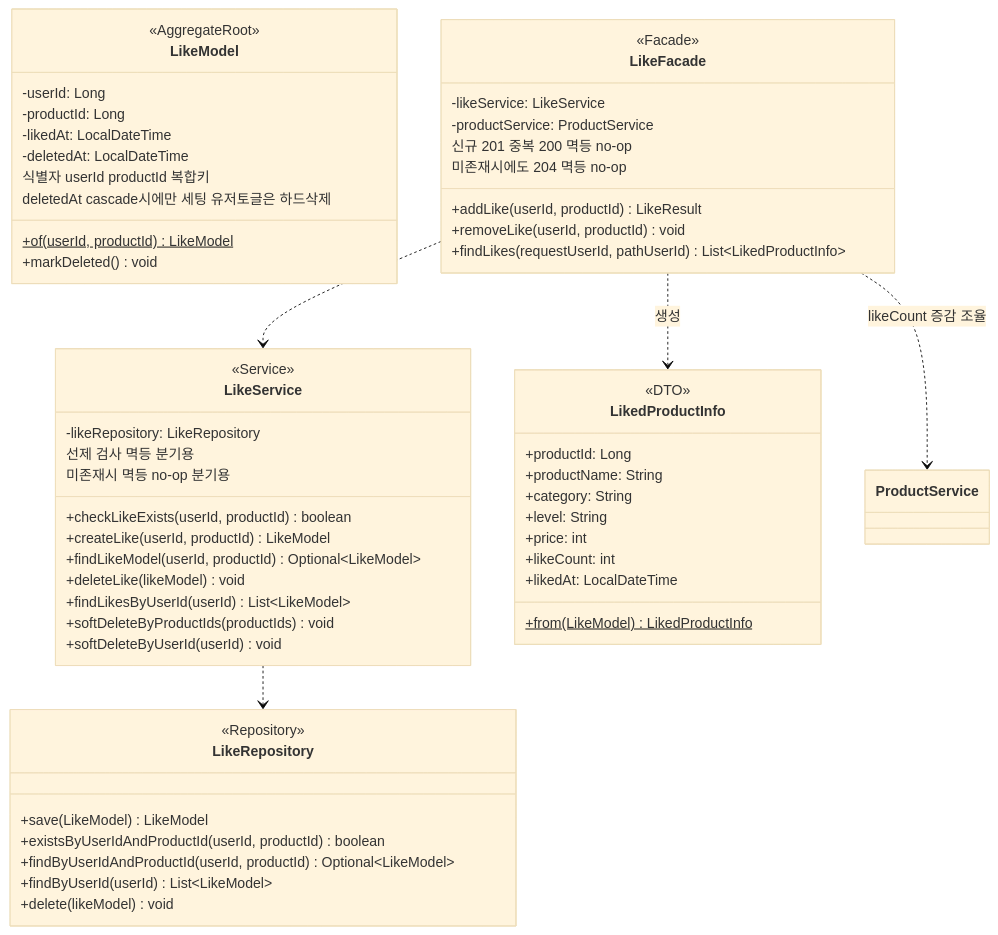
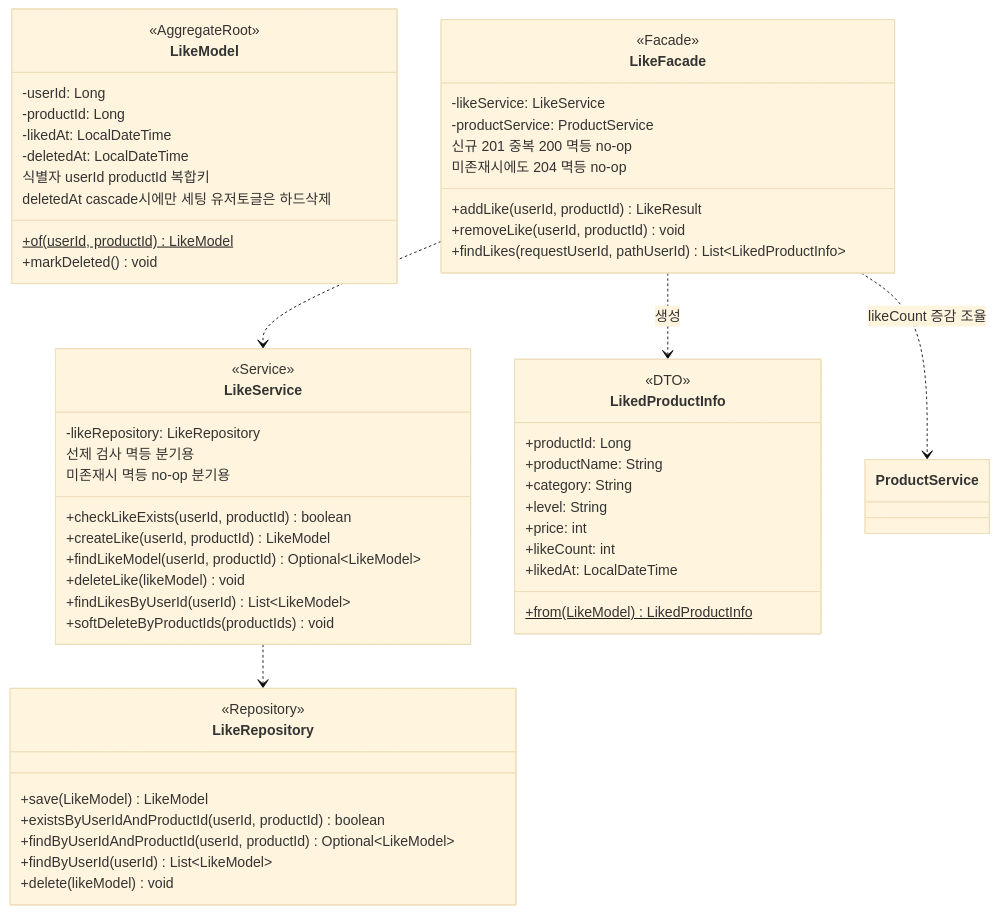
One commit to loopers-labs/loop-pack-be-l2-vol4-java changed the fourth of 8 diagrams in .docs/design/03-class-diagram.md. Above: the diagram before and after it, drawn with Mermaid (base theme). The commit also changed other lines of this file and 8 other files, not shown here.

````diff
--- a/.docs/design/03-class-diagram.md
+++ b/.docs/design/03-class-diagram.md
@@ -433,68 +450,67 @@
 ```mermaid
 classDiagram
     direction TB
 
     class LikeModel {
         <<AggregateRoot>>
         -userId: Long
         -productId: Long
         -likedAt: LocalDateTime
         -deletedAt: LocalDateTime
         식별자 userId productId 복합키
         deletedAt cascade시에만 세팅 유저토글은 하드삭제
         +of(userId, productId)$ LikeModel
         +markDeleted() void
     }
 
     class LikeService {
         <<Service>>
         -likeRepository: LikeRepository
         +checkLikeExists(userId, productId) boolean
         선제 검사 멱등 분기용
         +createLike(userId, productId) LikeModel
         +findLikeModel(userId, productId) Optional~LikeModel~
         미존재시 멱등 no-op 분기용
         +deleteLike(likeModel) void
         +findLikesByUserId(userId) List~LikeModel~
         +softDeleteByProductIds(productIds) void
-        +softDeleteByUserId(userId) void
     }
 
     class LikeRepository {
         <<Repository>>
         <<interface>>
         +save(LikeModel) LikeModel
         +existsByUserIdAndProductId(userId, productId) boolean
         +findByUserIdAndProductId(userId, productId) Optional~LikeModel~
         +findByUserId(userId) List~LikeModel~
         +delete(likeModel) void
     }
 
     class LikeFacade {
         <<Facade>>
         -likeService: LikeService
         -productService: ProductService
         +addLike(userId, productId) LikeResult
         신규 201 중복 200 멱등 no-op
         +removeLike(userId, productId) void
         미존재시에도 204 멱등 no-op
         +findLikes(requestUserId, pathUserId) List~LikedProductInfo~
     }
 
     class LikedProductInfo {
         <<DTO>>
         +productId: Long
         +productName: String
         +category: String
         +level: String
         +price: int
         +likeCount: int
         +likedAt: LocalDateTime
         +from(LikeModel)$ LikedProductInfo
     }
 
     LikeService ..> LikeRepository
     LikeFacade ..> LikeService
     LikeFacade ..> ProductService : likeCount 증감 조율
     LikeFacade ..> LikedProductInfo : 생성
 ```
````
